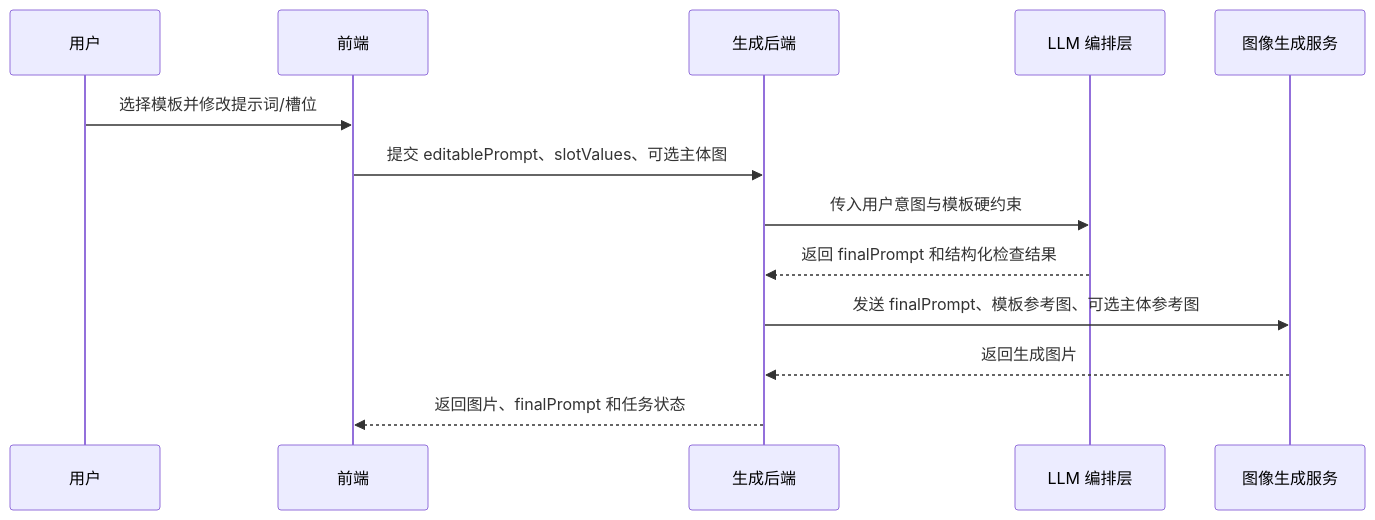
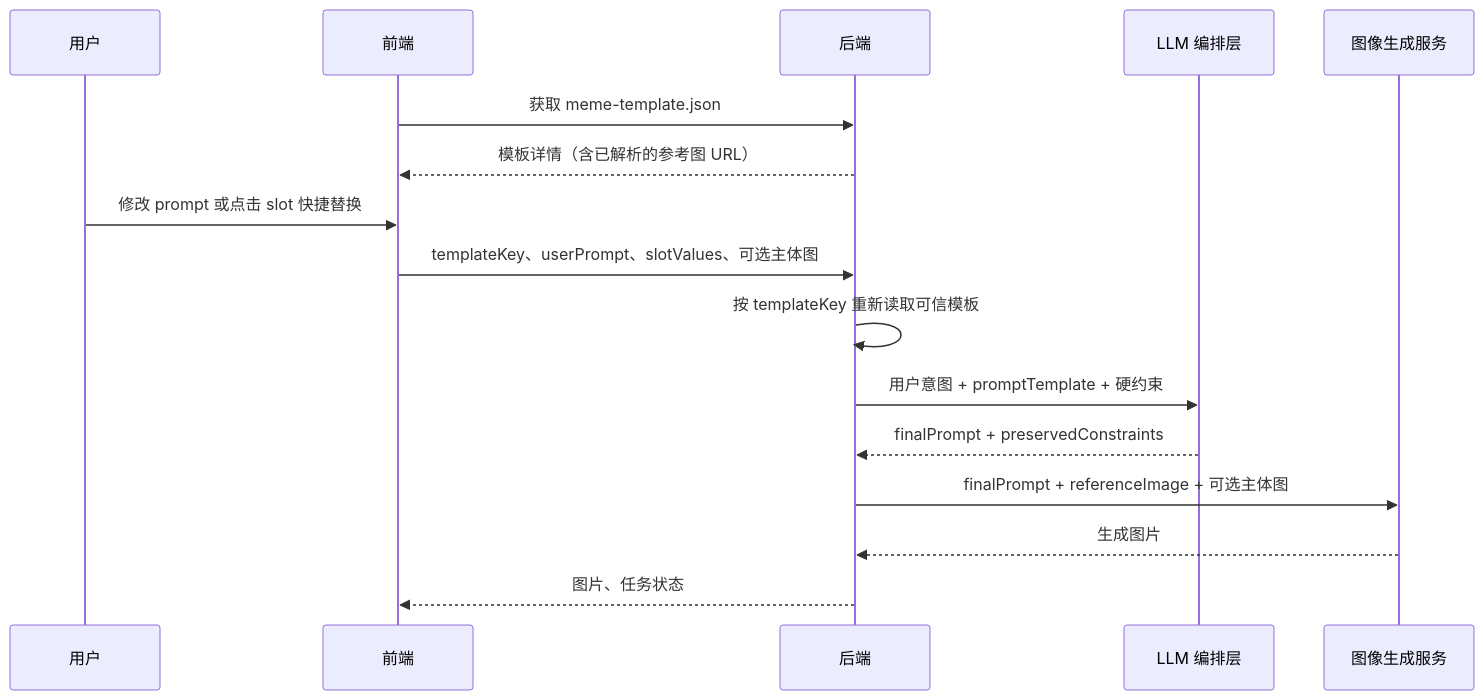
The diagram in artifacts/meme-template-analyzer/dog-with-pearl-earring/backend-integration.md (hkai-ai/memebuy), drawn with Mermaid before and after one commit. The commit also changed other lines of this file and 3 other files, not shown here.

Commit message:
docs: simplify meme template generation contract

````diff
--- a/artifacts/meme-template-analyzer/dog-with-pearl-earring/backend-integration.md
+++ b/artifacts/meme-template-analyzer/dog-with-pearl-earring/backend-integration.md
@@ -23,16 +22,19 @@
 ```mermaid
 sequenceDiagram
   participant U as 用户
   participant F as 前端
-  participant B as 生成后端
+  participant B as 后端
   participant L as LLM 编排层
   participant I as 图像生成服务
 
-  U->>F: 选择模板并修改提示词/槽位
-  F->>B: 提交 editablePrompt、slotValues、可选主体图
-  B->>L: 传入用户意图与模板硬约束
-  L-->>B: 返回 finalPrompt 和结构化检查结果
-  B->>I: 发送 finalPrompt、模板参考图、可选主体参考图
-  I-->>B: 返回生成图片
-  B-->>F: 返回图片、finalPrompt 和任务状态
+  F->>B: 获取 meme-template.json
+  B-->>F: 模板详情（含已解析的参考图 URL）
+  U->>F: 修改 prompt 或点击 slot 快捷替换
+  F->>B: templateKey、userPrompt、slotValues、可选主体图
+  B->>B: 按 templateKey 重新读取可信模板
+  B->>L: 用户意图 + promptTemplate + 硬约束
+  L-->>B: finalPrompt + preservedConstraints
+  B->>I: finalPrompt + referenceImage + 可选主体图
+  I-->>B: 生成图片
+  B-->>F: 图片、任务状态
 ```
````
